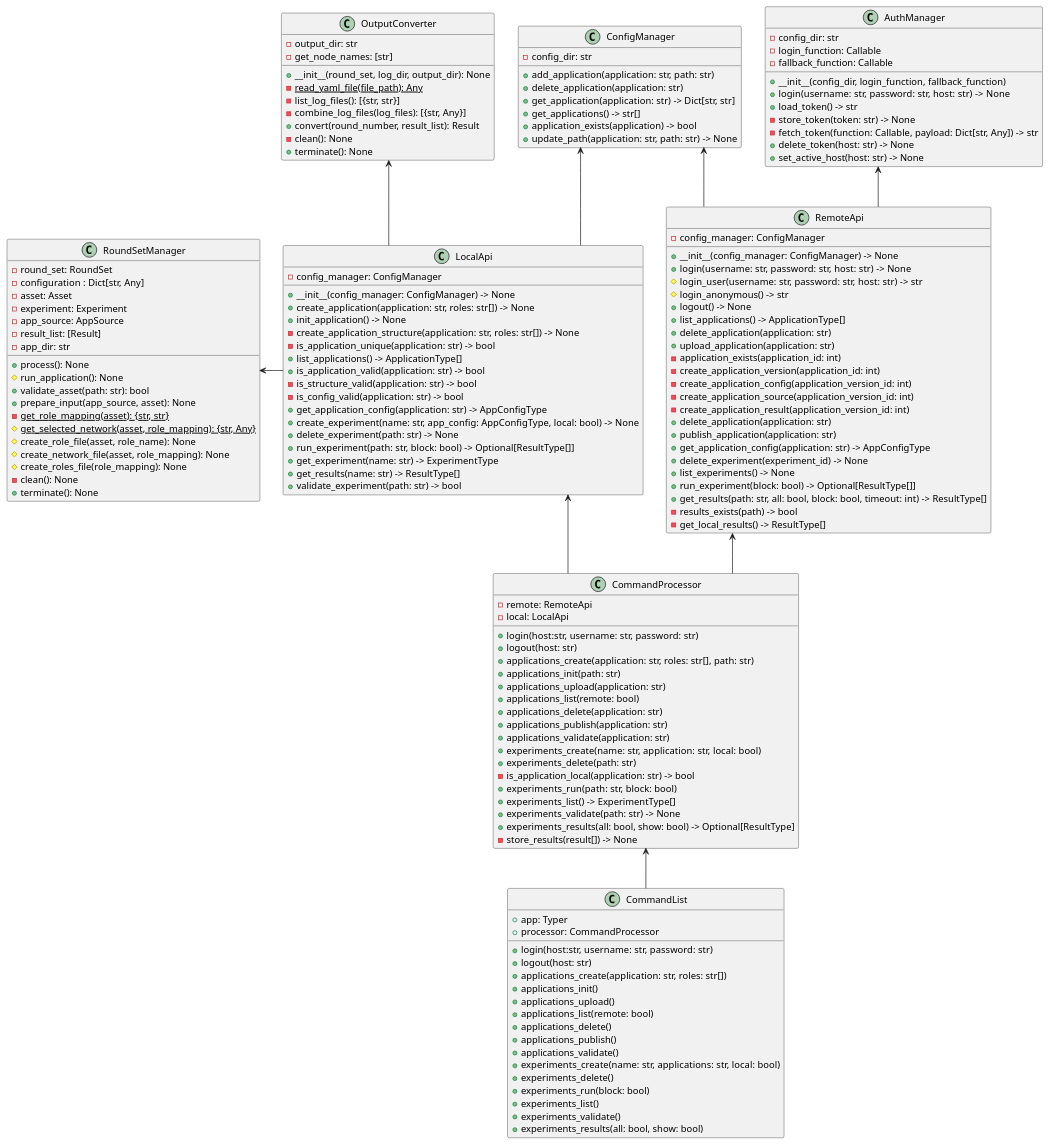
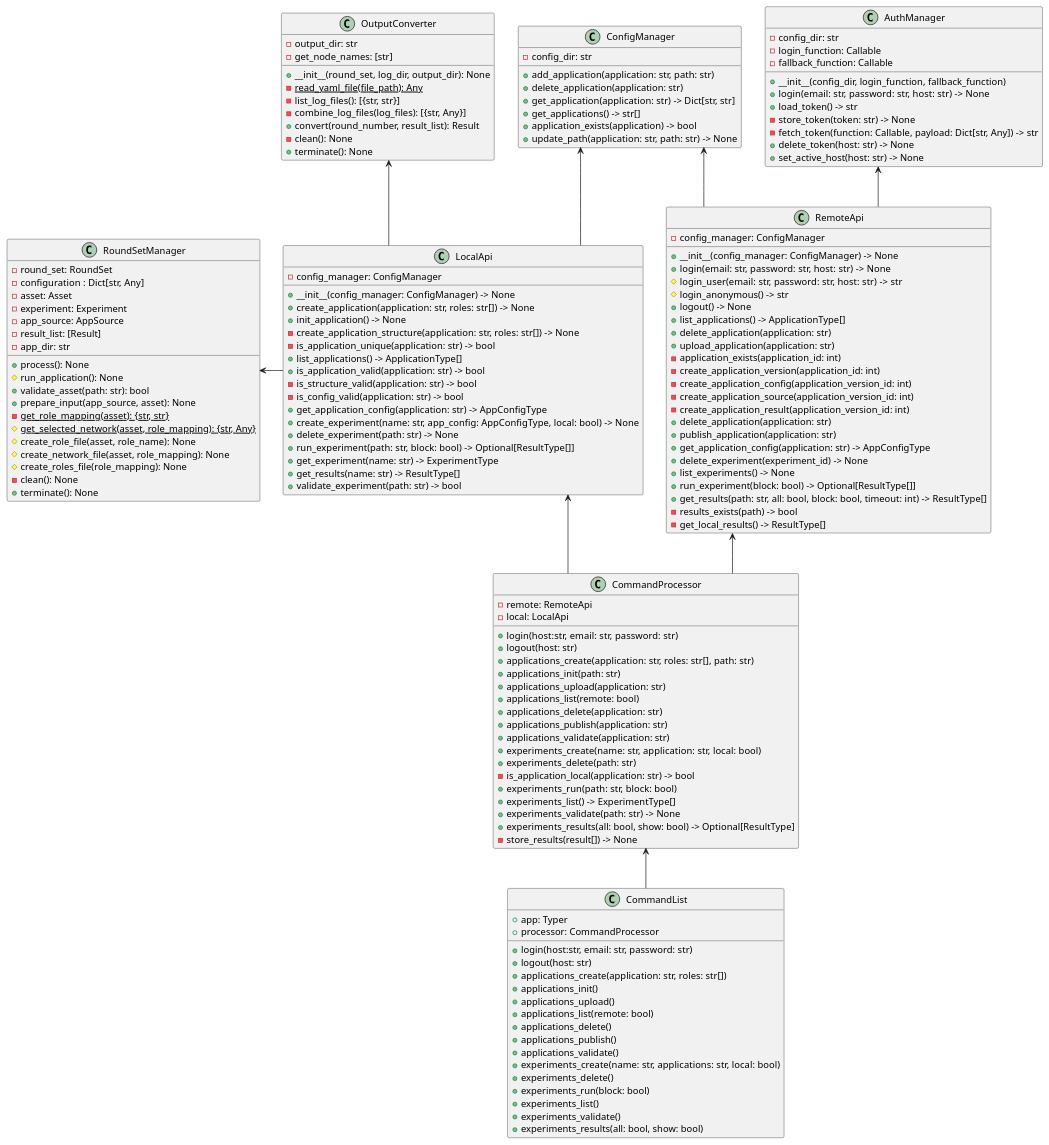
Before and after one commit to QuTech-Delft/qne-adk: the diagram in docs/uml/class_diagram.plantuml, drawn with PlantUML. The commit also changed 12 other files, not shown here.

Commit message:
Use email rather than username to login

```diff
--- a/docs/uml/class_diagram.plantuml
+++ b/docs/uml/class_diagram.plantuml
@@ -1,163 +1,163 @@
 @startuml "Class diagram"
 
 skinparam linetype polyline
 skinparam linetype ortho
 skinparam backgroundcolor transparent
 
 class CommandList {
     + app: Typer
     + processor: CommandProcessor
-    + login(host:str, username: str, password: str)
+    + login(host:str, email: str, password: str)
     + logout(host: str)
     + applications_create(application: str, roles: str[])
     + applications_init()
     + applications_upload()
     + applications_list(remote: bool)
     + applications_delete()
     + applications_publish()
     + applications_validate()
     + experiments_create(name: str, applications: str, local: bool)
     + experiments_delete()
     + experiments_run(block: bool)
     + experiments_list()
     + experiments_validate()
     + experiments_results(all: bool, show: bool)
 }
 
 ' Relay of commands
 class CommandProcessor {
     - remote: RemoteApi
     - local: LocalApi
-    + login(host:str, username: str, password: str)
+    + login(host:str, email: str, password: str)
     + logout(host: str)
     + applications_create(application: str, roles: str[], path: str)
     + applications_init(path: str)
     + applications_upload(application: str)
     + applications_list(remote: bool)
     + applications_delete(application: str)
     + applications_publish(application: str)
     + applications_validate(application: str)
     + experiments_create(name: str, application: str, local: bool)
     + experiments_delete(path: str)
     - is_application_local(application: str) -> bool
     + experiments_run(path: str, block: bool)
     + experiments_list() -> ExperimentType[]
     + experiments_validate(path: str) -> None
     + experiments_results(all: bool, show: bool) -> Optional[ResultType]
     - store_results(result[]) -> None
 }
 
 class ConfigManager {
     - config_dir: str
     + add_application(application: str, path: str)
     + delete_application(application: str)
     + get_application(application: str) -> Dict[str, str]
     + get_applications() -> str[]
     + application_exists(application) -> bool
     + update_path(application: str, path: str) -> None
 }
 
 class AuthManager {
     - config_dir: str
     - login_function: Callable
     - fallback_function: Callable
     + __init__(config_dir, login_function, fallback_function)
-    + login(username: str, password: str, host: str) -> None
+    + login(email: str, password: str, host: str) -> None
     + load_token() -> str
     - store_token(token: str) -> None
     - fetch_token(function: Callable, payload: Dict[str, Any]) -> str
     + delete_token(host: str) -> None
     + set_active_host(host: str) -> None
 }
 
 class LocalApi {
     - config_manager: ConfigManager
     + __init__(config_manager: ConfigManager) -> None
     + create_application(application: str, roles: str[]) -> None
     + init_application() -> None
     - create_application_structure(application: str, roles: str[]) -> None
     - is_application_unique(application: str) -> bool
     + list_applications() -> ApplicationType[]
     + is_application_valid(application: str) -> bool
     - is_structure_valid(application: str) -> bool
     - is_config_valid(application: str) -> bool
     + get_application_config(application: str) -> AppConfigType
     + create_experiment(name: str, app_config: AppConfigType, local: bool) -> None
     + delete_experiment(path: str) -> None
     + run_experiment(path: str, block: bool) -> Optional[ResultType[]]
     + get_experiment(name: str) -> ExperimentType
     + get_results(name: str) -> ResultType[]
     + validate_experiment(path: str) -> bool
 }
 
 class RemoteApi {
     - config_manager: ConfigManager
     + __init__(config_manager: ConfigManager) -> None
-    + login(username: str, password: str, host: str) -> None
-    # login_user(username: str, password: str, host: str) -> str
+    + login(email: str, password: str, host: str) -> None
+    # login_user(email: str, password: str, host: str) -> str
     # login_anonymous() -> str
     + logout() -> None
     + list_applications() -> ApplicationType[]
     + delete_application(application: str)
     + upload_application(application: str)
     - application_exists(application_id: int)
     - create_application_version(application_id: int)
     - create_application_config(application_version_id: int)
     - create_application_source(application_version_id: int)
     - create_application_result(application_version_id: int)
     + delete_application(application: str)
     + publish_application(application: str)
     + get_application_config(application: str) -> AppConfigType
     + delete_experiment(experiment_id) -> None
     + list_experiments() -> None
     + run_experiment(block: bool) -> Optional[ResultType[]]
     + get_results(path: str, all: bool, block: bool, timeout: int) -> ResultType[]
     - results_exists(path) -> bool
     - get_local_results() -> ResultType[]
 }
 
 class RoundSetManager {
     - round_set: RoundSet
     - configuration : Dict[str, Any]
     - asset: Asset
     - experiment: Experiment
     - app_source: AppSource
     - result_list: [Result]
     - app_dir: str
     + process(): None
     # run_application(): None
     + validate_asset(path: str): bool
     + prepare_input(app_source, asset): None
     - {static} get_role_mapping(asset): {str, str}
     # {static} get_selected_network(asset, role_mapping): {str, Any}
     # create_role_file(asset, role_name): None
     # create_network_file(asset, role_mapping): None
     # create_roles_file(role_mapping): None
     - clean(): None
     + terminate(): None
 }
 
 class OutputConverter {
     - output_dir: str
     + __init__(round_set, log_dir, output_dir): None
     - get_node_names: [str]
     - {static}read_yaml_file(file_path): Any
     - list_log_files(): [{str, str}]
     - combine_log_files(log_files): [{str, Any}]
     + convert(round_number, result_list): Result
     - clean(): None
     + terminate(): None
 }
 
 CommandProcessor <-- CommandList
 RemoteApi <-- CommandProcessor
 LocalApi <-- CommandProcessor
 
 ConfigManager <-- RemoteApi
 AuthManager <-- RemoteApi
 ConfigManager <-- LocalApi
 
 RoundSetManager <- LocalApi
 OutputConverter <-- LocalApi
 
 @enduml
```
